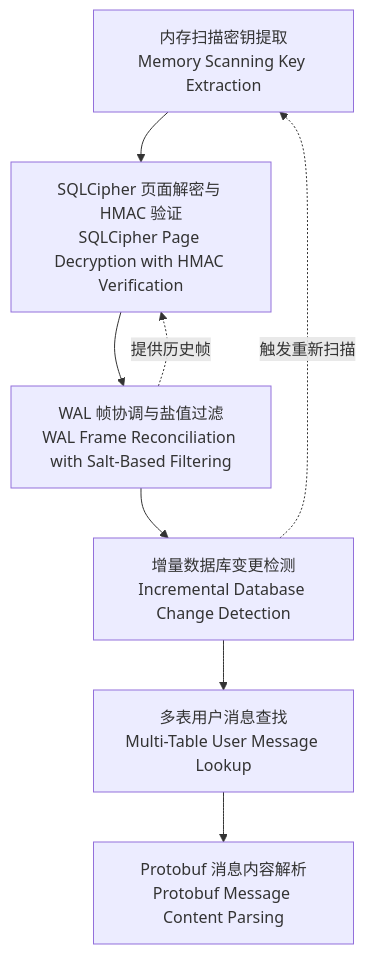
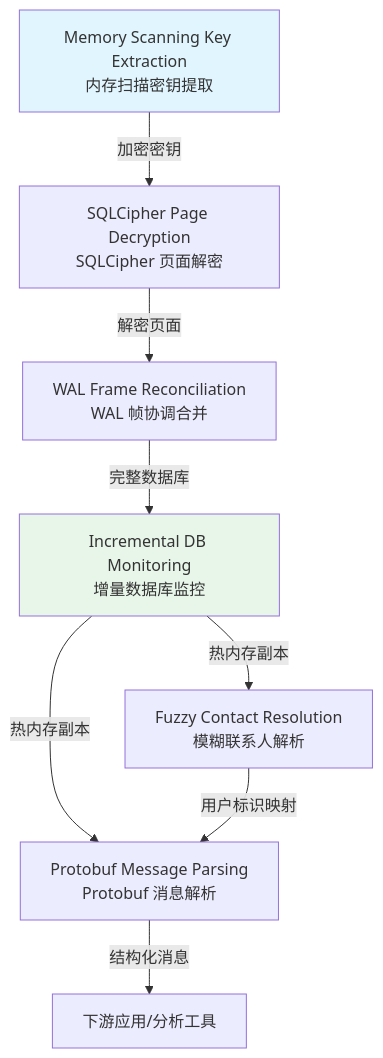
The diagram in public/wechat-decrypt/guide-core-algorithms.md (nerdneilsfield/code-wiki-pages), drawn with Mermaid before and after one commit. The commit also changed other lines of this file and 33 other files, not shown here.

````diff
--- a/public/wechat-decrypt/guide-core-algorithms.md
+++ b/public/wechat-decrypt/guide-core-algorithms.md
@@ -11,11 +13,13 @@
 ```mermaid
 graph TD
-    A[内存扫描密钥提取<br/>Memory Scanning Key Extraction] --> B[SQLCipher 页面解密与 HMAC 验证<br/>SQLCipher Page Decryption with HMAC Verification]
-    B --> C[WAL 帧协调与盐值过滤<br/>WAL Frame Reconciliation with Salt-Based Filtering]
-    C --> D[增量数据库变更检测<br/>Incremental Database Change Detection]
-    D --> E[多表用户消息查找<br/>Multi-Table User Message Lookup]
-    E --> F[Protobuf 消息内容解析<br/>Protobuf Message Content Parsing]
+    A[Memory Scanning Key Extraction<br/>内存扫描密钥提取] -->|加密密钥| B[SQLCipher Page Decryption<br/>SQLCipher 页面解密]
+    B -->|解密页面| C[WAL Frame Reconciliation<br/>WAL 帧协调合并]
+    C -->|完整数据库| D[Incremental DB Monitoring<br/>增量数据库监控]
+    D -->|热内存副本| E[Fuzzy Contact Resolution<br/>模糊联系人解析]
+    D -->|热内存副本| F[Protobuf Message Parsing<br/>Protobuf 消息解析]
+    E -->|用户标识映射| F
+    F -->|结构化消息| G[下游应用/分析工具]
     
-    D -.->|触发重新扫描| A
-    C -.->|提供历史帧| B
+    style A fill:#e1f5fe
+    style D fill:#e8f5e9
 ```
````
